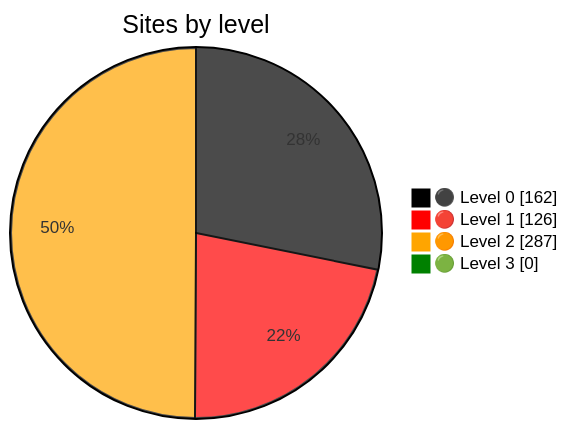
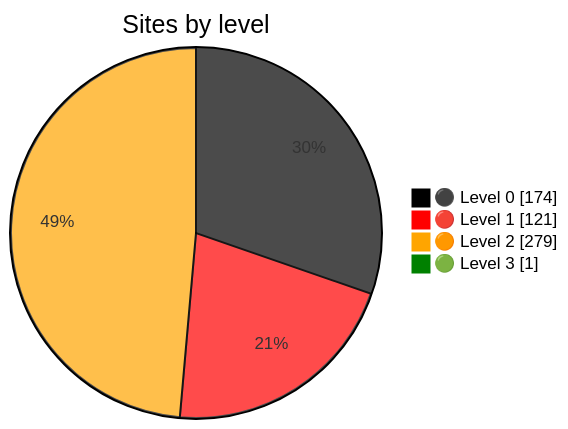
One commit to nuuuwan/gov_lk_web_auditor changed the diagram in README.md. Above: the diagram before and after it, drawn with Mermaid. The commit also changed other lines of this file and 2592 other files, not shown here.

````diff
--- a/README.md
+++ b/README.md
@@ -24,9 +24,9 @@
 ```mermaid
 %%{init: {"themeVariables":{"pie1":"black","pie2":"red","pie3":"orange","pie4":"green"}}}%%
 pie showData
     title Sites by level
-    "⚫ Level 0" : 162
-    "🔴 Level 1" : 126
-    "🟠 Level 2" : 287
-    "🟢 Level 3" : 0
+    "⚫ Level 0" : 174
+    "🔴 Level 1" : 121
+    "🟠 Level 2" : 279
+    "🟢 Level 3" : 1
 ```
````
